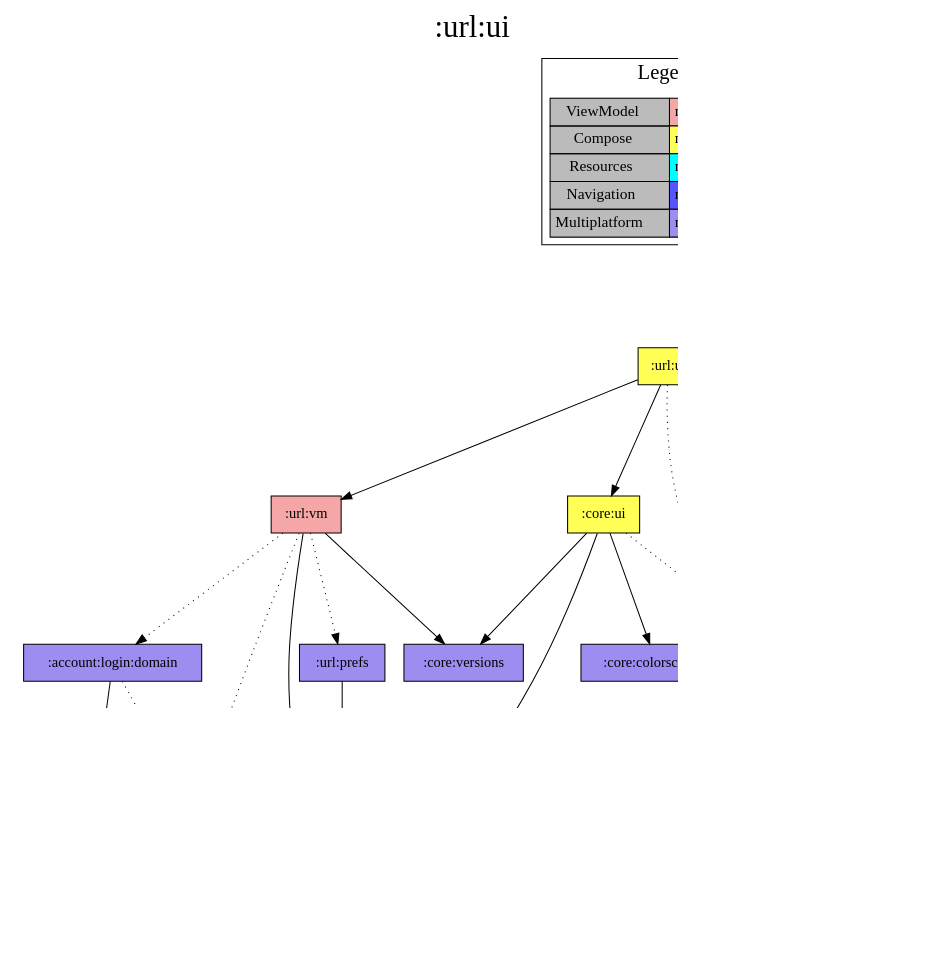
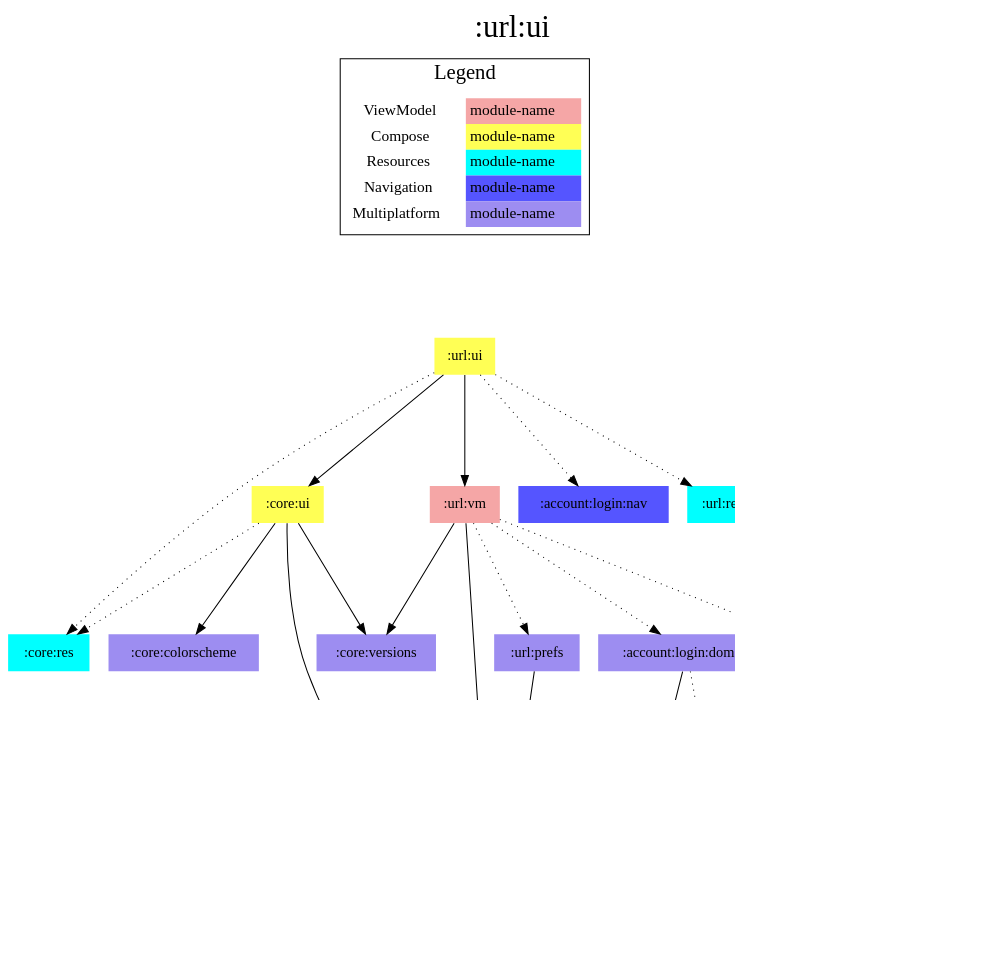
The diagram in modules/url/ui/project-dependency-graph.dot (jonapoul/aktual), drawn with Graphviz before and after one commit. The commit also changed 117 other files, not shown here.

Commit message:
Reworked diagrams plugin a bit

```diff
--- a/modules/url/ui/project-dependency-graph.dot
+++ b/modules/url/ui/project-dependency-graph.dot
@@ -1,56 +1,58 @@
 digraph {
 edge ["dir"="forward"]
 graph ["dpi"="100","label"=":url:ui","labelloc"="t","fontsize"="30","ranksep"="1.5","rankdir"="TB"]
 node ["style"="filled"]
-":account:login:domain" ["fillcolor"="#9D8DF1","shape"="box"]
-":account:login:nav" ["fillcolor"="#5555FF","shape"="box"]
-":account:model" ["fillcolor"="#9D8DF1","shape"="box"]
-":api:actual" ["fillcolor"="#9D8DF1","shape"="box"]
-":budget:model" ["fillcolor"="#9D8DF1","shape"="box"]
-":core:colorscheme" ["fillcolor"="#9D8DF1","shape"="box"]
-":core:res" ["fillcolor"="#00FFFF","shape"="box"]
-":core:ui" ["fillcolor"="#FFFF55","shape"="box"]
-":core:versions" ["fillcolor"="#9D8DF1","shape"="box"]
-":url:model" ["fillcolor"="#9D8DF1","shape"="box"]
-":url:prefs" ["fillcolor"="#9D8DF1","shape"="box"]
-":url:res" ["fillcolor"="#00FFFF","shape"="box"]
-":url:ui" ["fillcolor"="#FFFF55","shape"="box"]
-":url:vm" ["fillcolor"="#F5A6A6","shape"="box"]
+":url:ui" ["fillcolor"="#FFFF55","shape"="none"]
+":core:ui" ["fillcolor"="#FFFF55","shape"="none"]
+":core:colorscheme" ["fillcolor"="#9D8DF1","shape"="none"]
+":core:versions" ["fillcolor"="#9D8DF1","shape"="none"]
+":url:model" ["fillcolor"="#9D8DF1","shape"="none"]
+":core:res" ["fillcolor"="#00FFFF","shape"="none"]
+":url:vm" ["fillcolor"="#F5A6A6","shape"="none"]
+":account:login:domain" ["fillcolor"="#9D8DF1","shape"="none"]
+":account:model" ["fillcolor"="#9D8DF1","shape"="none"]
+":api:actual" ["fillcolor"="#9D8DF1","shape"="none"]
+":budget:model" ["fillcolor"="#9D8DF1","shape"="none"]
+":codegen:annotation" ["fillcolor"="#9D8DF1","shape"="none"]
+":url:prefs" ["fillcolor"="#9D8DF1","shape"="none"]
+":account:login:nav" ["fillcolor"="#5555FF","shape"="none"]
+":url:res" ["fillcolor"="#00FFFF","shape"="none"]
 {
 edge ["dir"="none"]
 graph ["rank"="same"]
 }
 ":account:login:domain" -> ":account:model"
 ":account:login:domain" -> ":api:actual" ["style"="dotted"]
 ":api:actual" -> ":account:model"
 ":api:actual" -> ":budget:model"
+":api:actual" -> ":codegen:annotation" ["style"="dotted"]
 ":api:actual" -> ":url:model"
 ":core:ui" -> ":core:colorscheme"
 ":core:ui" -> ":core:res" ["style"="dotted"]
 ":core:ui" -> ":core:versions"
 ":core:ui" -> ":url:model"
 ":url:prefs" -> ":url:model"
 ":url:ui" -> ":account:login:nav" ["style"="dotted"]
 ":url:ui" -> ":core:res" ["style"="dotted"]
 ":url:ui" -> ":core:ui"
 ":url:ui" -> ":url:res" ["style"="dotted"]
 ":url:ui" -> ":url:vm"
 ":url:vm" -> ":account:login:domain" ["style"="dotted"]
 ":url:vm" -> ":api:actual" ["style"="dotted"]
 ":url:vm" -> ":core:versions"
 ":url:vm" -> ":url:model"
 ":url:vm" -> ":url:prefs" ["style"="dotted"]
 subgraph "cluster_legend" {
 edge ["dir"="none"]
 graph ["label"="Legend","fontsize"="20"]
-"Legend" ["style"="filled","fillcolor"="#bbbbbb","shape"="none","margin"="0","fontsize"="15","label"=<
-<TABLE BORDER="0" CELLBORDER="1" CELLSPACING="0" CELLPADDING="4">
+"Legend" ["style"="filled","fillcolor"="#FFFFFF","shape"="none","margin"="0","fontsize"="15","label"=<
+<TABLE BORDER="0" CELLBORDER="0" CELLSPACING="0" CELLPADDING="4">
 <TR><TD>ViewModel</TD><TD BGCOLOR="#F5A6A6">module-name</TD></TR>
 <TR><TD>Compose</TD><TD BGCOLOR="#FFFF55">module-name</TD></TR>
 <TR><TD>Resources</TD><TD BGCOLOR="#00FFFF">module-name</TD></TR>
 <TR><TD>Navigation</TD><TD BGCOLOR="#5555FF">module-name</TD></TR>
 <TR><TD>Multiplatform</TD><TD BGCOLOR="#9D8DF1">module-name</TD></TR>
 </TABLE>
 >]
 } -> ":url:ui" ["style"="invis"]
 }
```
